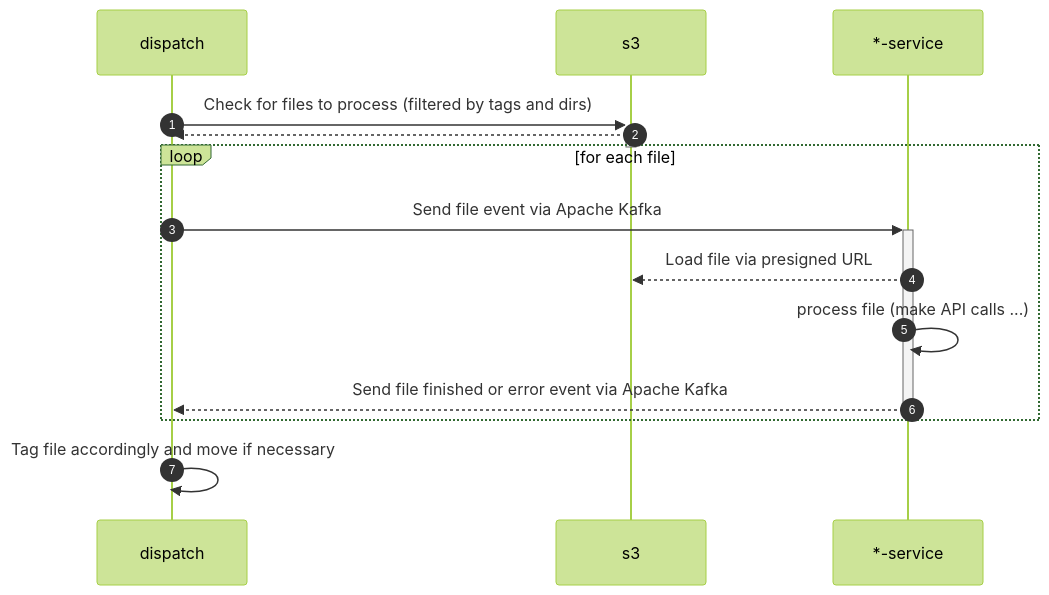
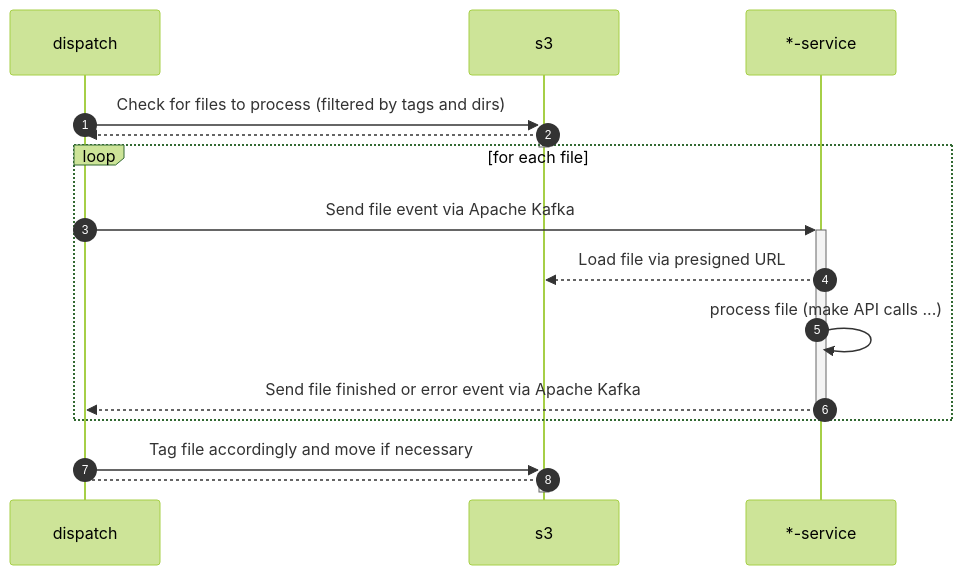
Before and after one commit to it-at-m/swim: the second of 3 diagrams in README.md, drawn with Mermaid (forest theme). The commit also changed other lines of this file, not shown here.

````diff
--- a/README.md
+++ b/README.md
@@ -45,16 +45,17 @@
 ```mermaid
 sequenceDiagram
     autonumber
     participant dispatch
     participant s3
     participant service as *-service
     dispatch ->>+ s3: Check for files to process (filtered by tags and dirs)
     s3 -->>- dispatch: 
     loop for each file
         dispatch ->>+ service: Send file event via Apache Kafka
         service -->> s3: Load file via presigned URL
         service ->> service: process file (make API calls ...)
         service -->>- dispatch: Send file finished or error event via Apache Kafka
     end
-    dispatch ->> dispatch: Tag file accordingly and move if necessary
+    dispatch ->>+ s3: Tag file accordingly and move if necessary
+    s3 -->- dispatch: 
 ```
````
